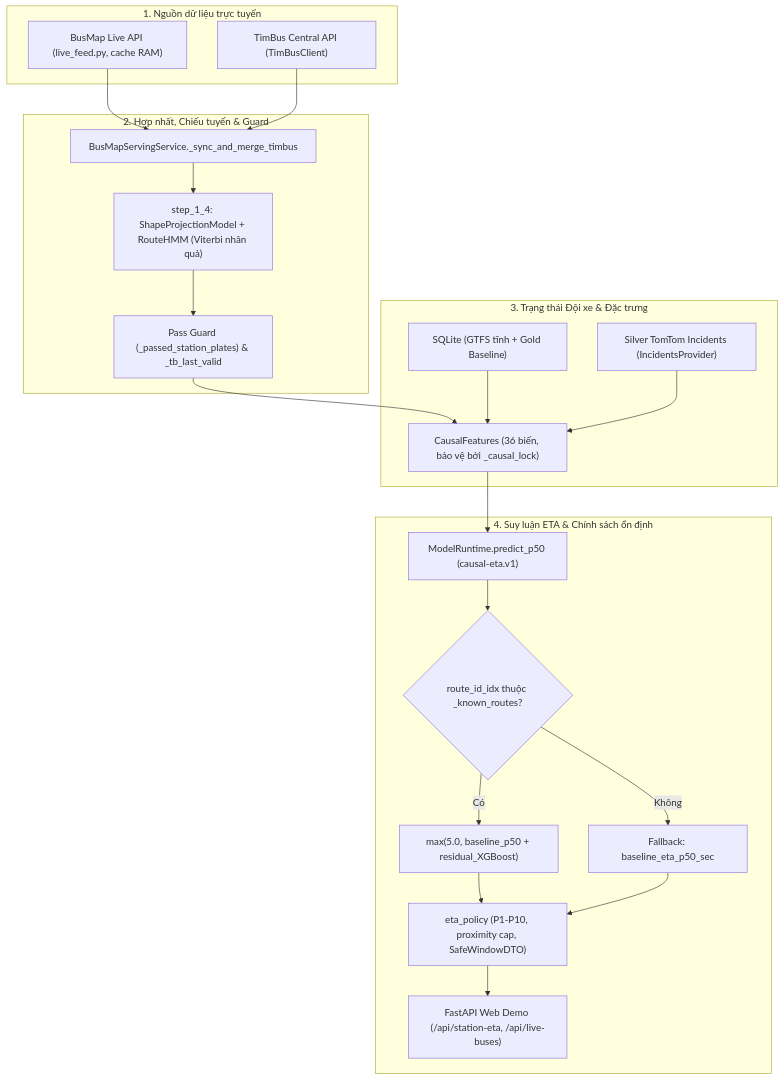
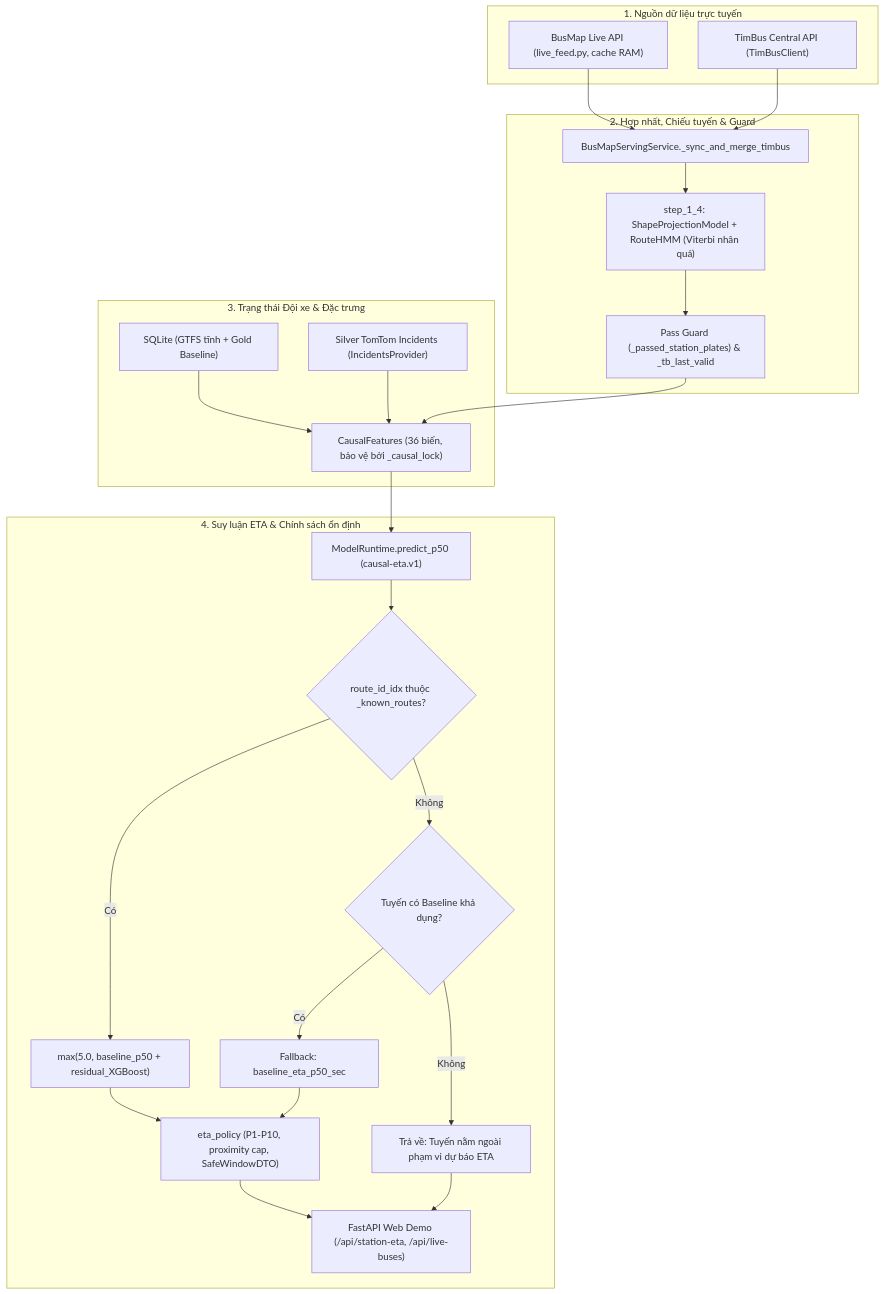
The diagram in docs/SPEED_VIEW_PIPELINE.md (toibinguz/Bus_tracking), drawn with Mermaid before and after one commit. The commit also changed other lines of this file and 1 other file, not shown here.

Commit message:
feat(serving): return out-of-scope message when route lacks both baseline and ML model

````diff
--- a/docs/SPEED_VIEW_PIPELINE.md
+++ b/docs/SPEED_VIEW_PIPELINE.md
@@ -9,36 +9,40 @@
 ```mermaid
 flowchart TD
     subgraph LIVE["1. Nguồn dữ liệu trực tuyến"]
         BM["BusMap Live API (live_feed.py, cache RAM)"]
         TB["TimBus Central API (TimBusClient)"]
     end
 
     subgraph MATCH["2. Hợp nhất, Chiếu tuyến & Guard"]
         MERGE["BusMapServingService._sync_and_merge_timbus"]
         HMM["step_1_4: ShapeProjectionModel + RouteHMM (Viterbi nhân quả)"]
         GUARD["Pass Guard (_passed_station_plates) & _tb_last_valid"]
     end
 
     subgraph FEAT["3. Trạng thái Đội xe & Đặc trưng"]
         CAUSAL["CausalFeatures (36 biến, bảo vệ bởi _causal_lock)"]
         SQL["SQLite (GTFS tĩnh + Gold Baseline)"]
         INC["Silver TomTom Incidents (IncidentsProvider)"]
     end
 
     subgraph PRED["4. Suy luận ETA & Chính sách ổn định"]
         MR["ModelRuntime.predict_p50 (causal-eta.v1)"]
         CHECK{"route_id_idx thuộc _known_routes?"}
         XGB["max(5.0, baseline_p50 + residual_XGBoost)"]
+        CHK_BASE{"Tuyến có Baseline khả dụng?"}
         BASE["Fallback: baseline_eta_p50_sec"]
+        OOS["Trả về: Tuyến nằm ngoài phạm vi dự báo ETA"]
         POL["eta_policy (P1-P10, proximity cap, SafeWindowDTO)"]
         API["FastAPI Web Demo (/api/station-eta, /api/live-buses)"]
     end
 
     BM & TB --> MERGE --> HMM --> GUARD --> CAUSAL
     SQL --> CAUSAL
     INC --> CAUSAL
     CAUSAL --> MR --> CHECK
     CHECK -->|"Có"| XGB --> POL
-    CHECK -->|"Không"| BASE --> POL
+    CHECK -->|"Không"| CHK_BASE
+    CHK_BASE -->|"Có"| BASE --> POL
+    CHK_BASE -->|"Không"| OOS --> API
     POL --> API
 ```
````
